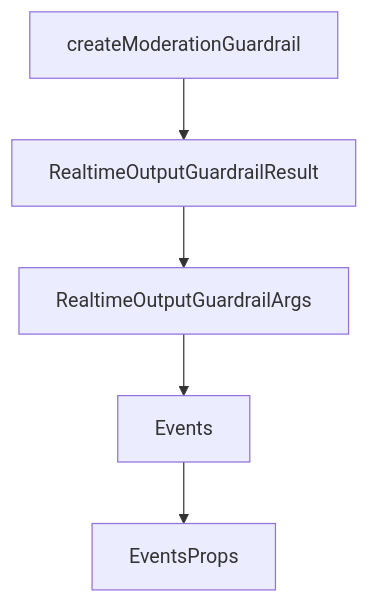
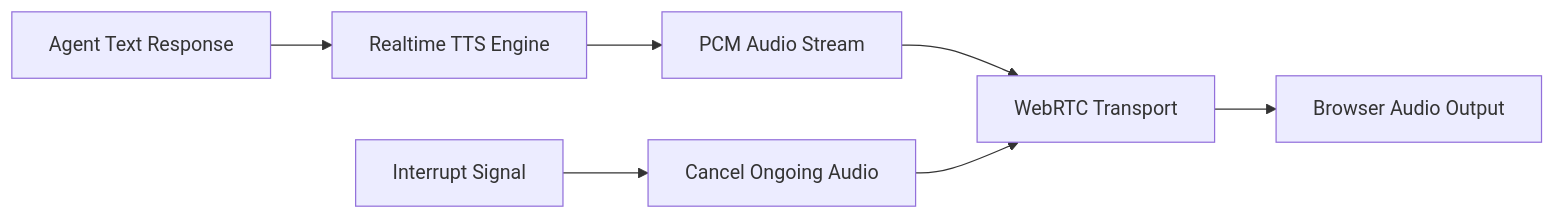
The diagram in tutorials/openai-realtime-agents-tutorial/06-voice-output.md (johnxie/awesome-code-docs), drawn with Mermaid before and after one commit. The commit also changed other lines of this file and 1232 other files, not shown here.

````diff
--- a/tutorials/openai-realtime-agents-tutorial/06-voice-output.md
+++ b/tutorials/openai-realtime-agents-tutorial/06-voice-output.md
@@ -236,12 +79,9 @@
 ```mermaid
-flowchart TD
-    A[createModerationGuardrail]
-    B[RealtimeOutputGuardrailResult]
-    C[RealtimeOutputGuardrailArgs]
-    D[Events]
-    E[EventsProps]
-    A --> B
-    B --> C
-    C --> D
-    D --> E
+flowchart LR
+    A[Agent Text Response] --> B[Realtime TTS Engine]
+    B --> C[PCM Audio Stream]
+    C --> D[WebRTC Transport]
+    D --> E[Browser Audio Output]
+    F[Interrupt Signal] --> G[Cancel Ongoing Audio]
+    G --> D
 ```
````
